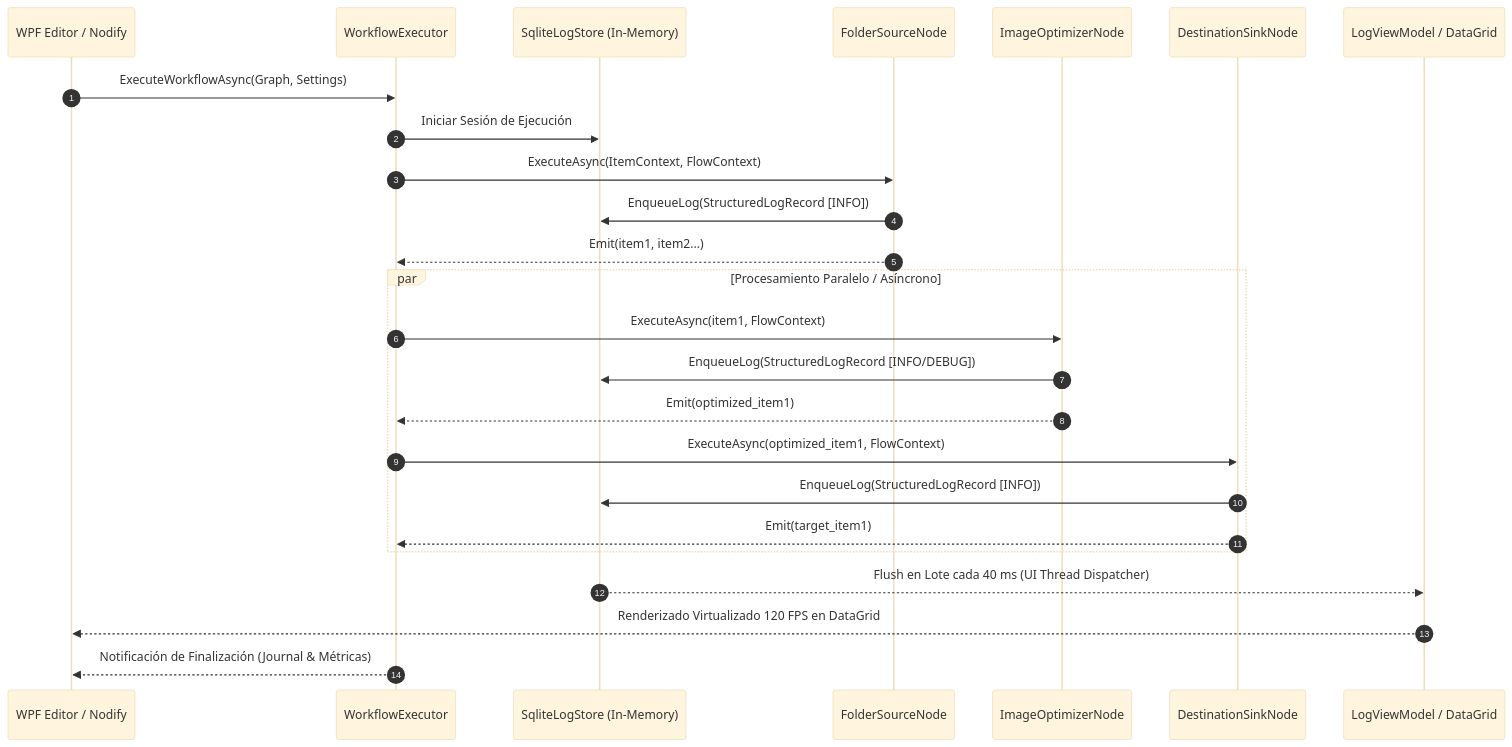
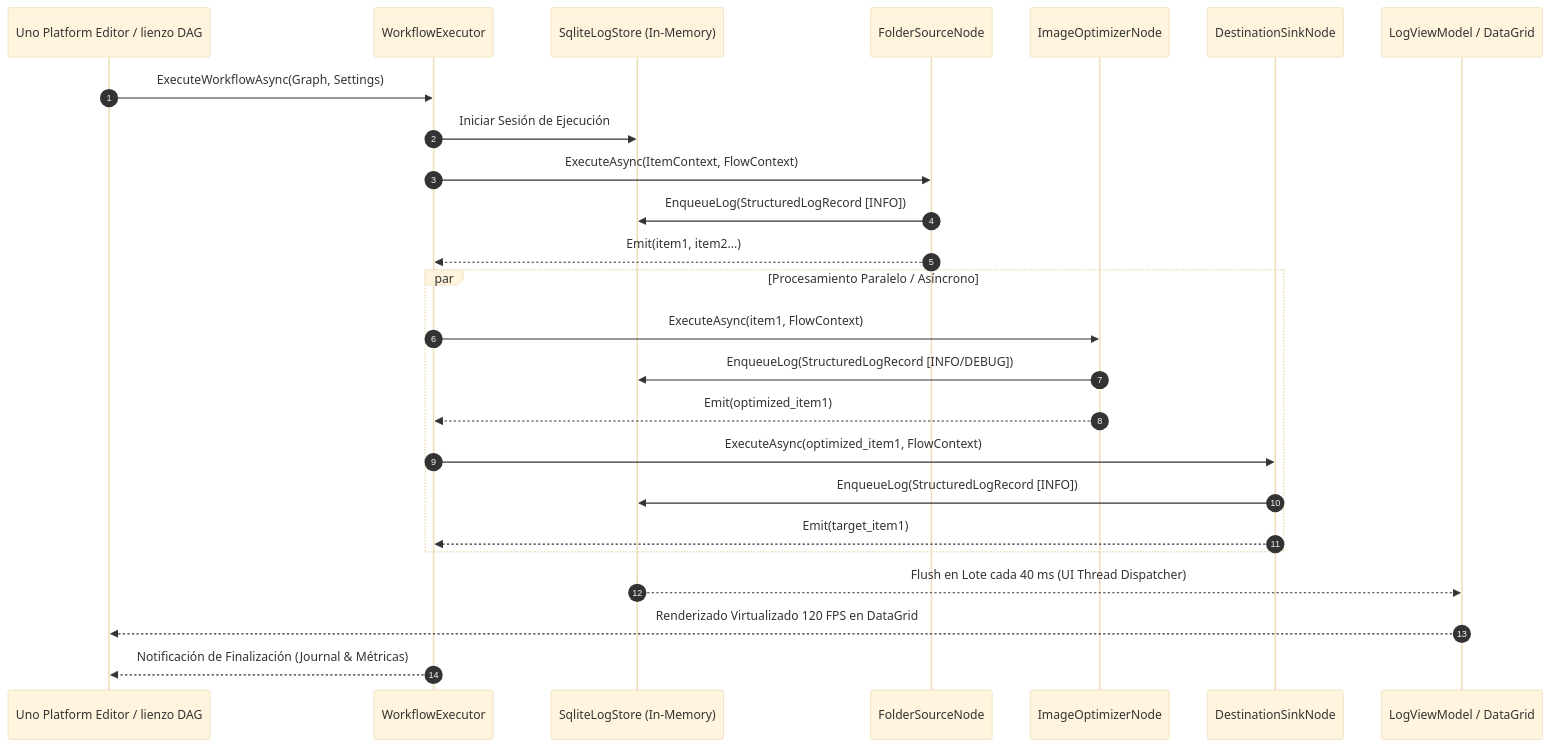
Before and after one commit to kaoticos53/ArchiveProceser: the second of 2 diagrams in docs/architecture.md, drawn with Mermaid (base theme). The commit also changed other lines of this file and 227 other files, not shown here.

````diff
--- a/docs/architecture.md
+++ b/docs/architecture.md
@@ -78,30 +78,30 @@
 ```mermaid
 sequenceDiagram
     autonumber
-    participant UI as WPF Editor / Nodify
+    participant UI as Uno Platform Editor / lienzo DAG
     participant Exec as WorkflowExecutor
     participant Telemetry as SqliteLogStore (In-Memory)
     participant NodeA as FolderSourceNode
     participant NodeB as ImageOptimizerNode
     participant NodeC as DestinationSinkNode
     participant LogView as LogViewModel / DataGrid
 
     UI->>Exec: ExecuteWorkflowAsync(Graph, Settings)
     Exec->>Telemetry: Iniciar Sesión de Ejecución
     Exec->>NodeA: ExecuteAsync(ItemContext, FlowContext)
     NodeA->>Telemetry: EnqueueLog(StructuredLogRecord [INFO])
     NodeA-->>Exec: Emit(item1, item2...)
     
     par Procesamiento Paralelo / Asíncrono
         Exec->>NodeB: ExecuteAsync(item1, FlowContext)
         NodeB->>Telemetry: EnqueueLog(StructuredLogRecord [INFO/DEBUG])
         NodeB-->>Exec: Emit(optimized_item1)
         Exec->>NodeC: ExecuteAsync(optimized_item1, FlowContext)
         NodeC->>Telemetry: EnqueueLog(StructuredLogRecord [INFO])
         NodeC-->>Exec: Emit(target_item1)
     end
 
     Telemetry-->>LogView: Flush en Lote cada 40 ms (UI Thread Dispatcher)
     LogView-->>UI: Renderizado Virtualizado 120 FPS en DataGrid
     Exec-->>UI: Notificación de Finalización (Journal & Métricas)
 ```
````
